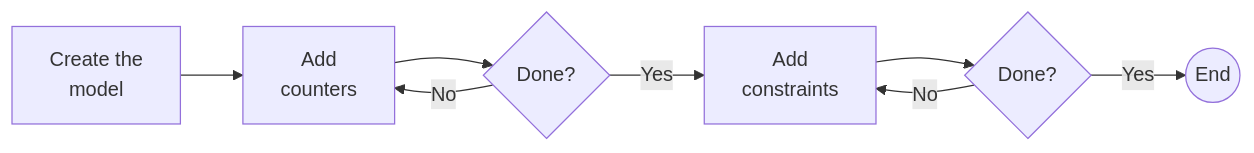
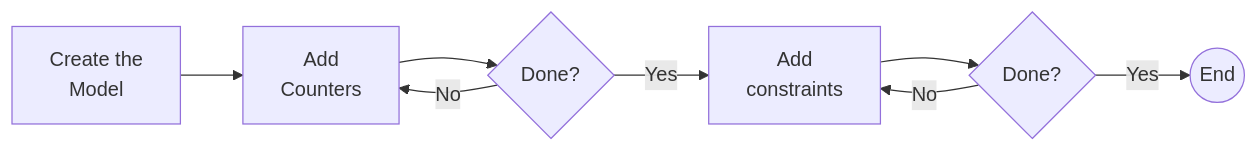
Before and after one commit to gvegayon/sci2023: the first of 4 diagrams in slides.qmd, drawn with Mermaid. The commit also changed other lines of this file and 6 other files, not shown here.

````diff
--- a/slides.qmd
+++ b/slides.qmd
@@ -432,10 +554,10 @@
 ```{mermaid}
 flowchart LR
-  start[Create the\nmodel] --> count[Add\ncounters]
+  start[Create the<br>Model] --> count[Add<br>Counters]
   count --> count_done{Done?}
   count_done --> |Yes| const[Add\nconstraints]
   count_done --> |No| count
   const --> const_done{Done?}
   const_done --> |Yes| init((End))
   const_done --> |No| const
 ```
````
